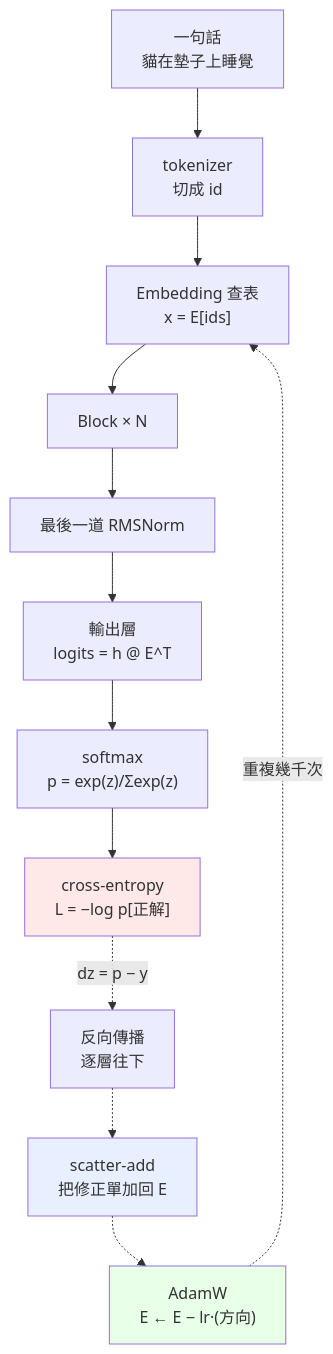
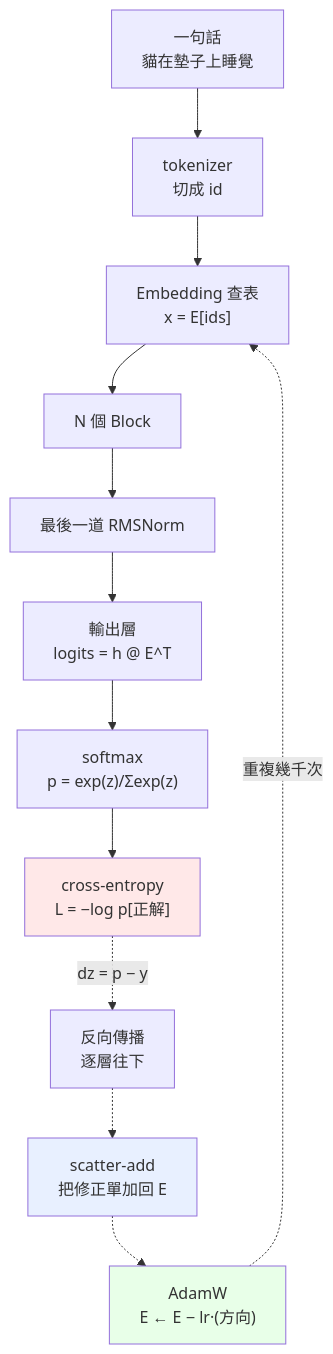
The first of 3 diagrams in docs/01-全景圖.md (GarfieldHuang/llm-from-scratch), drawn with Mermaid before and after one commit. The commit also changed 19 other files, not shown here.

First line of the commit message:
docs 轉 PDF：KaTeX + Mermaid + headless Chrome

````diff
--- a/docs/01-全景圖.md
+++ b/docs/01-全景圖.md
@@ -9,19 +9,19 @@
 ```mermaid
 flowchart TD
     A["一句話<br/>貓在墊子上睡覺"] --> B["tokenizer<br/>切成 id"]
     B --> C["Embedding 查表<br/>x = E[ids]"]
-    C --> D["Block × N"]
+    C --> D["N 個 Block"]
     D --> E["最後一道 RMSNorm"]
     E --> F["輸出層<br/>logits = h @ E^T"]
     F --> G["softmax<br/>p = exp(z)/Σexp(z)"]
     G --> H["cross-entropy<br/>L = −log p[正解]"]
 
     H -.->|"dz = p − y"| I["反向傳播<br/>逐層往下"]
     I -.-> J["scatter-add<br/>把修正單加回 E"]
     J -.-> K["AdamW<br/>E ← E − lr·(方向)"]
     K -.->|"重複幾千次"| C
 
     style H fill:#ffe8e8
     style J fill:#e8f0ff
     style K fill:#e8ffe8
 ```
````
